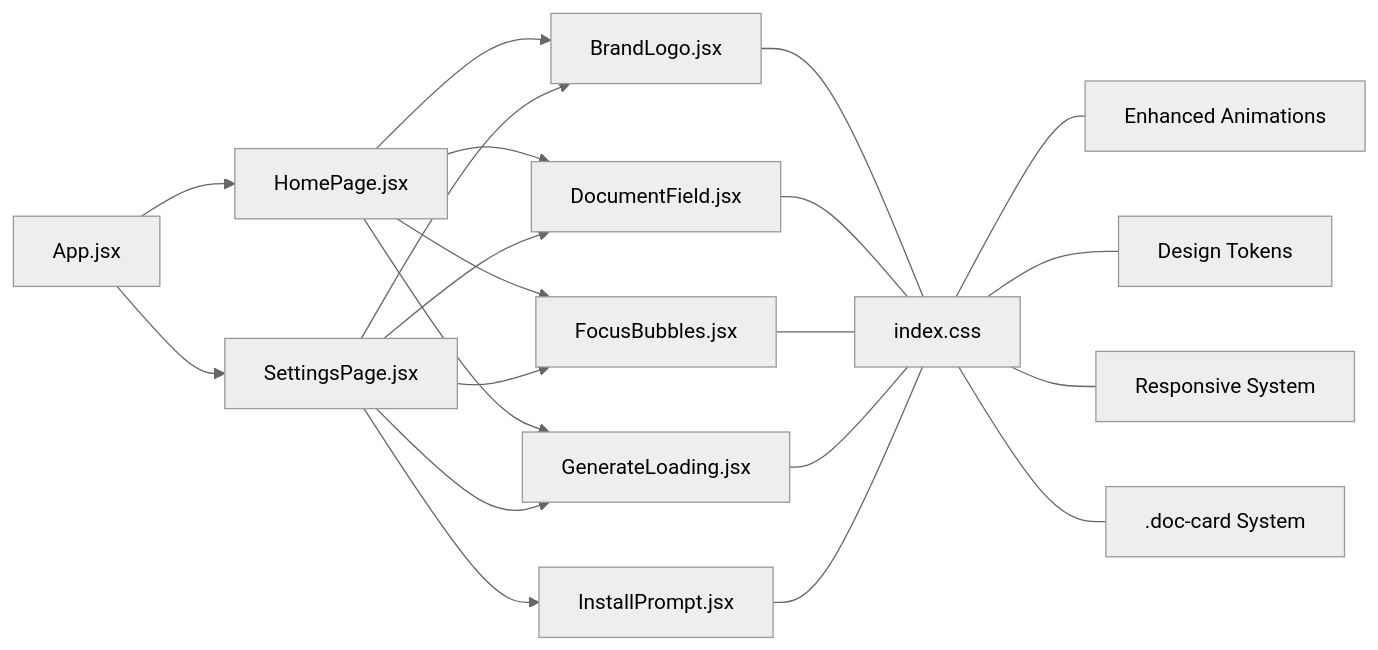
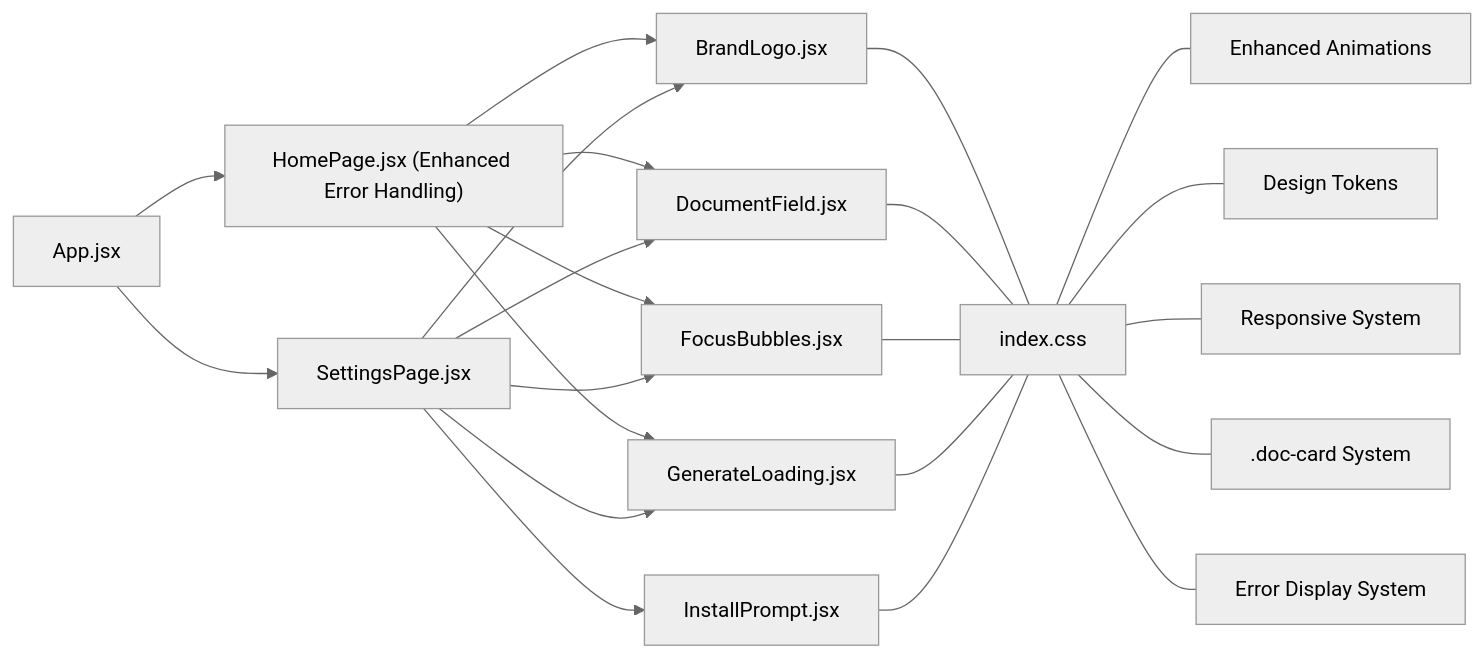
Before and after one commit to zmyeo54/briefroom: the third of 3 diagrams in .qoder/repowiki/en/content/Component Library/UI Components.md, drawn with Mermaid (neutral theme). The commit also changed other lines of this file and 56 other files, not shown here.

````diff
--- a/.qoder/repowiki/en/content/Component Library/UI Components.md
+++ b/.qoder/repowiki/en/content/Component Library/UI Components.md
@@ -395,23 +400,24 @@
 ```mermaid
 graph LR
-App["App.jsx"] --> HomePage["HomePage.jsx"]
+App["App.jsx"] --> HomePage["HomePage.jsx (Enhanced Error Handling)"]
 App --> SettingsPage["SettingsPage.jsx"]
 HomePage --> BrandLogo["BrandLogo.jsx"]
 HomePage --> DocumentField["DocumentField.jsx"]
 HomePage --> FocusBubbles["FocusBubbles.jsx"]
 HomePage --> GenerateLoading["GenerateLoading.jsx"]
 SettingsPage --> BrandLogo
 SettingsPage --> DocumentField
 SettingsPage --> FocusBubbles
 SettingsPage --> GenerateLoading
 SettingsPage --> InstallPrompt["InstallPrompt.jsx"]
 BrandLogo --- CSS["index.css"]
 DocumentField --- CSS
 FocusBubbles --- CSS
 GenerateLoading --- CSS
 InstallPrompt --- CSS
 CSS --- Animations["Enhanced Animations"]
 CSS --- Tokens["Design Tokens"]
 CSS --- Responsive["Responsive System"]
 CSS --- DocCards[".doc-card System"]
+CSS --- ErrorHandling["Error Display System"]
 ```
````
